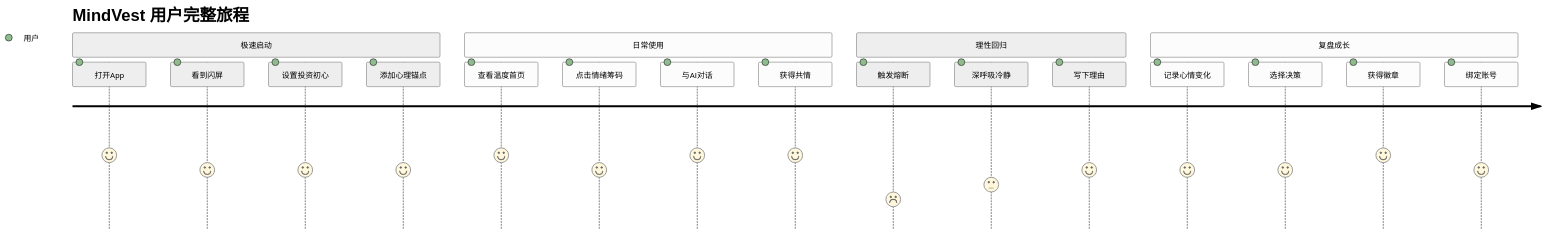
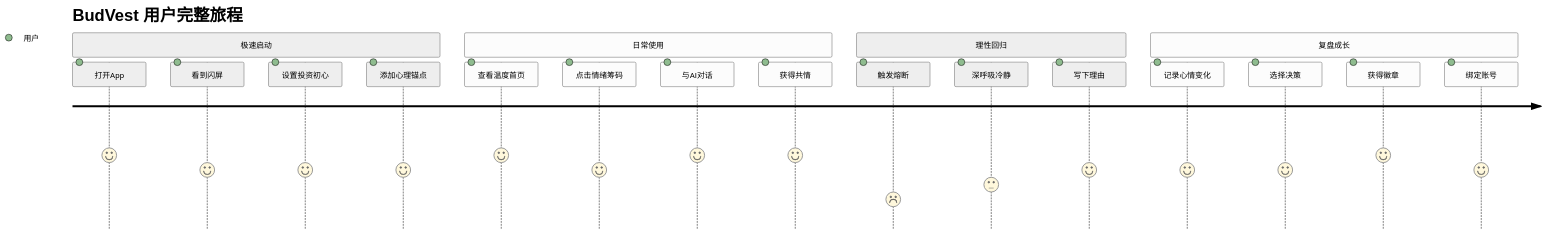
Before and after one commit to jiya1996/Budvest: the first of 18 diagrams in docs/PRD/MindVest_PRD_Complete_Merged（260119新增）.md, drawn with Mermaid (neutral theme). The commit also changed other lines of this file, not shown here.

````diff
--- a/docs/PRD/MindVest_PRD_Complete_Merged（260119新增）.md
+++ b/docs/PRD/MindVest_PRD_Complete_Merged（260119新增）.md
@@ -160,23 +160,23 @@
 ```mermaid
 journey
-    title MindVest 用户完整旅程
+    title BudVest 用户完整旅程
     section 极速启动
       打开App: 5: 用户
       看到闪屏: 4: 用户
       设置投资初心: 4: 用户
       添加心理锚点: 4: 用户
     section 日常使用
       查看温度首页: 5: 用户
       点击情绪筹码: 4: 用户
       与AI对话: 5: 用户
       获得共情: 5: 用户
     section 理性回归
       触发熔断: 2: 用户
       深呼吸冷静: 3: 用户
       写下理由: 4: 用户
     section 复盘成长
       记录心情变化: 4: 用户
       选择决策: 4: 用户
       获得徽章: 5: 用户
       绑定账号: 4: 用户
 ```
````
